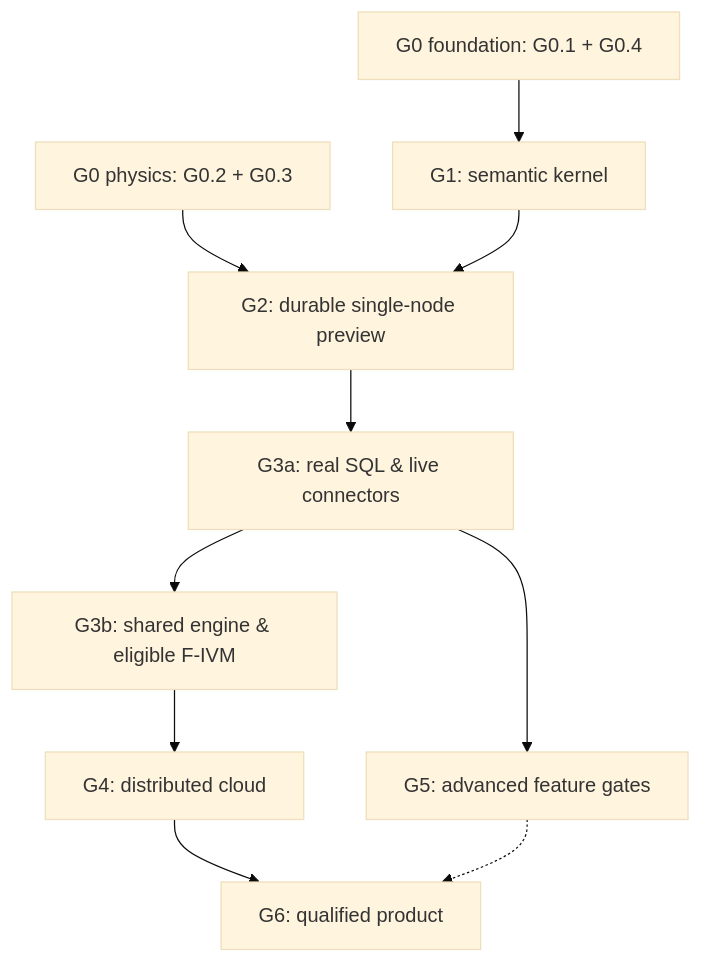
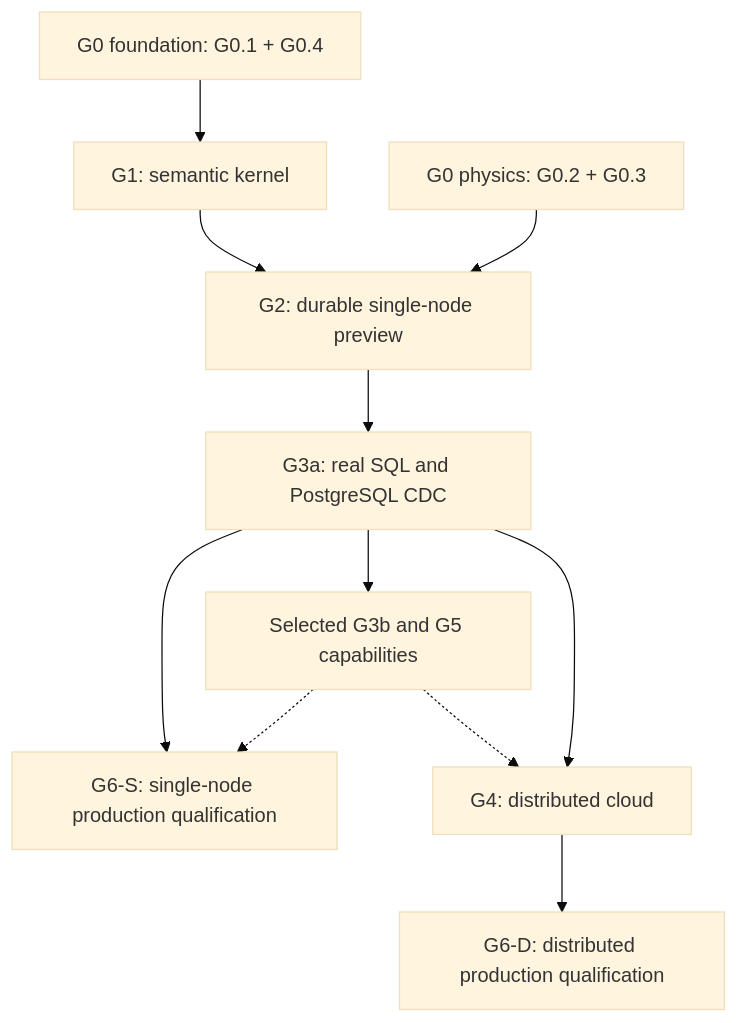
Before and after one commit to trickle-labs/rockstream2: the diagram in docs/planning/implementation-plan.md, drawn with Mermaid (base theme). The commit also changed other lines of this file and 25 other files, not shown here.

First line of the commit message:
docs: qualify cloud-native IVM capabilities independently

````diff
--- a/docs/planning/implementation-plan.md
+++ b/docs/planning/implementation-plan.md
@@ -15,12 +15,13 @@
 ```mermaid
 flowchart TB
     G0F["G0 foundation: G0.1 + G0.4"] --> G1["G1: semantic kernel"]
     G0P["G0 physics: G0.2 + G0.3"] --> G2
     G1 --> G2["G2: durable single-node preview"]
-    G2 --> G3a["G3a: real SQL & live connectors"]
-    G3a --> G3b["G3b: shared engine & eligible F-IVM"]
-    G3b --> G4["G4: distributed cloud"]
-    G4 --> G6["G6: qualified product"]
-    G3a --> G5["G5: advanced feature gates"]
-    G5 -.-> G6
+    G2 --> G3a["G3a: real SQL and PostgreSQL CDC"]
+    G3a --> G6S["G6-S: single-node production qualification"]
+    G3a --> Cap["Selected G3b and G5 capabilities"]
+    Cap -.-> G6S
+    G3a --> G4["G4: distributed cloud"]
+    Cap -.-> G4
+    G4 --> G6D["G6-D: distributed production qualification"]
 ```
````
